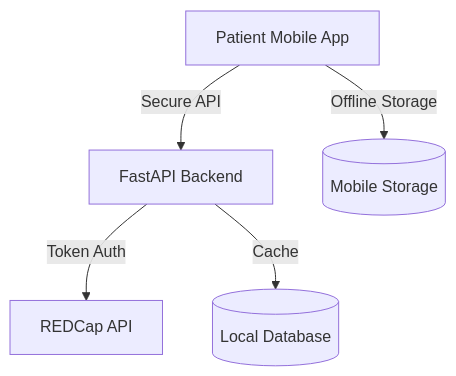
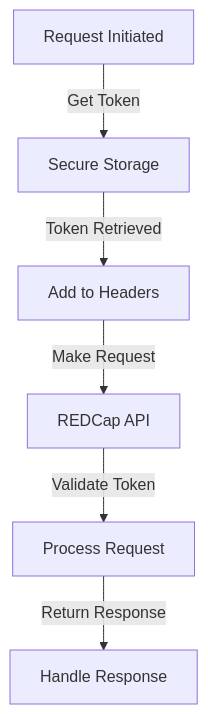
The second of 2 diagrams in README.md (supermax01/Carepal), drawn with Mermaid before and after one commit. The commit also changed other lines of this file, not shown here.

Commit message:
docs: Enhanced REDCap API architecture documentation with detailed flow diagrams and code examples

````diff
--- a/README.md
+++ b/README.md
@@ -11,7 +92,8 @@
-```mermaid
-graph TD
-    A[Patient Mobile App] -->|Secure API| B[FastAPI Backend]
-    B -->|Token Auth| C[REDCap API]
-    B -->|Cache| D[(Local Database)]
-    A -->|Offline Storage| E[(Mobile Storage)]
-```
+   ```mermaid
+   graph TD
+       A[Request Initiated] -->|Get Token| B[Secure Storage]
+       B -->|Token Retrieved| C[Add to Headers]
+       C -->|Make Request| D[REDCap API]
+       D -->|Validate Token| E[Process Request]
+       E -->|Return Response| F[Handle Response]
+   ```
````
